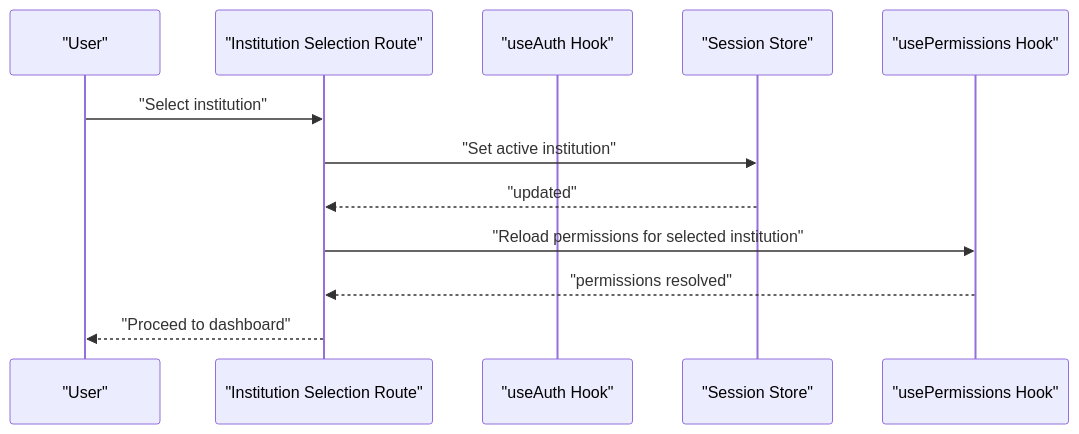
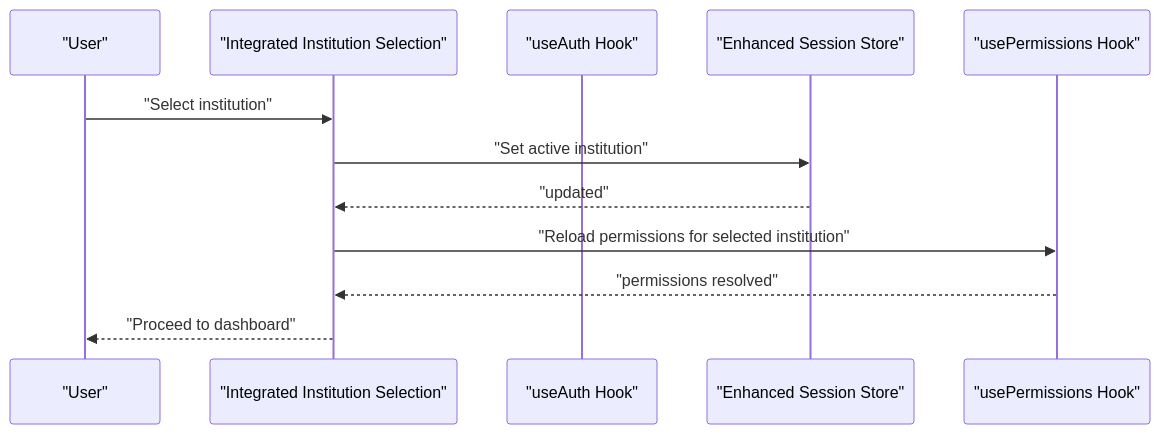
The fourth of 10 diagrams in .qoder/repowiki/en/content/System Architecture/Frontend Architecture/Authentication & Authorization UI/Authentication & Authorization UI.md (franckylab/eLISAschool), drawn with Mermaid before and after one commit. The commit also changed other lines of this file and 97 other files, not shown here.

````diff
--- a/.qoder/repowiki/en/content/System Architecture/Frontend Architecture/Authentication & Authorization UI/Authentication & Authorization UI.md
+++ b/.qoder/repowiki/en/content/System Architecture/Frontend Architecture/Authentication & Authorization UI/Authentication & Authorization UI.md
@@ -181,14 +194,14 @@
 ```mermaid
 sequenceDiagram
 participant U as "User"
-participant IS as "Institution Selection Route"
+participant IS as "Integrated Institution Selection"
 participant A as "useAuth Hook"
-participant SS as "Session Store"
+participant SS as "Enhanced Session Store"
 participant P as "usePermissions Hook"
 U->>IS : "Select institution"
 IS->>SS : "Set active institution"
 SS-->>IS : "updated"
 IS->>P : "Reload permissions for selected institution"
 P-->>IS : "permissions resolved"
 IS-->>U : "Proceed to dashboard"
 ```
````
